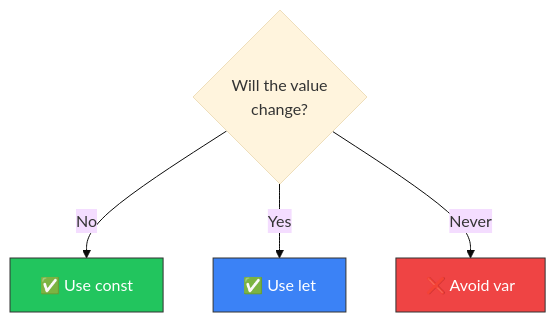
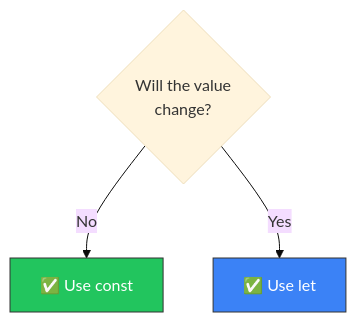
Before and after one commit to DinoQuinten/DSA-typescript: the third of 18 diagrams in typescript-fundamentals/README.md, drawn with Mermaid (base theme). The commit also changed other lines of this file, not shown here.

Commit message:
improved mermaid digram

````diff
--- a/typescript-fundamentals/README.md
+++ b/typescript-fundamentals/README.md
@@ -89,9 +89,7 @@
 ```mermaid
 graph TD
     A{"Will the value<br/>change?"} -->|"No"| B["✅ Use const"]
     A -->|"Yes"| C["✅ Use let"]
-    A -->|"Never"| D["❌ Avoid var"]
     style B fill:#22c55e,stroke:#333,color:#fff
     style C fill:#3b82f6,stroke:#333,color:#fff
-    style D fill:#ef4444,stroke:#333,color:#fff
 ```
````
